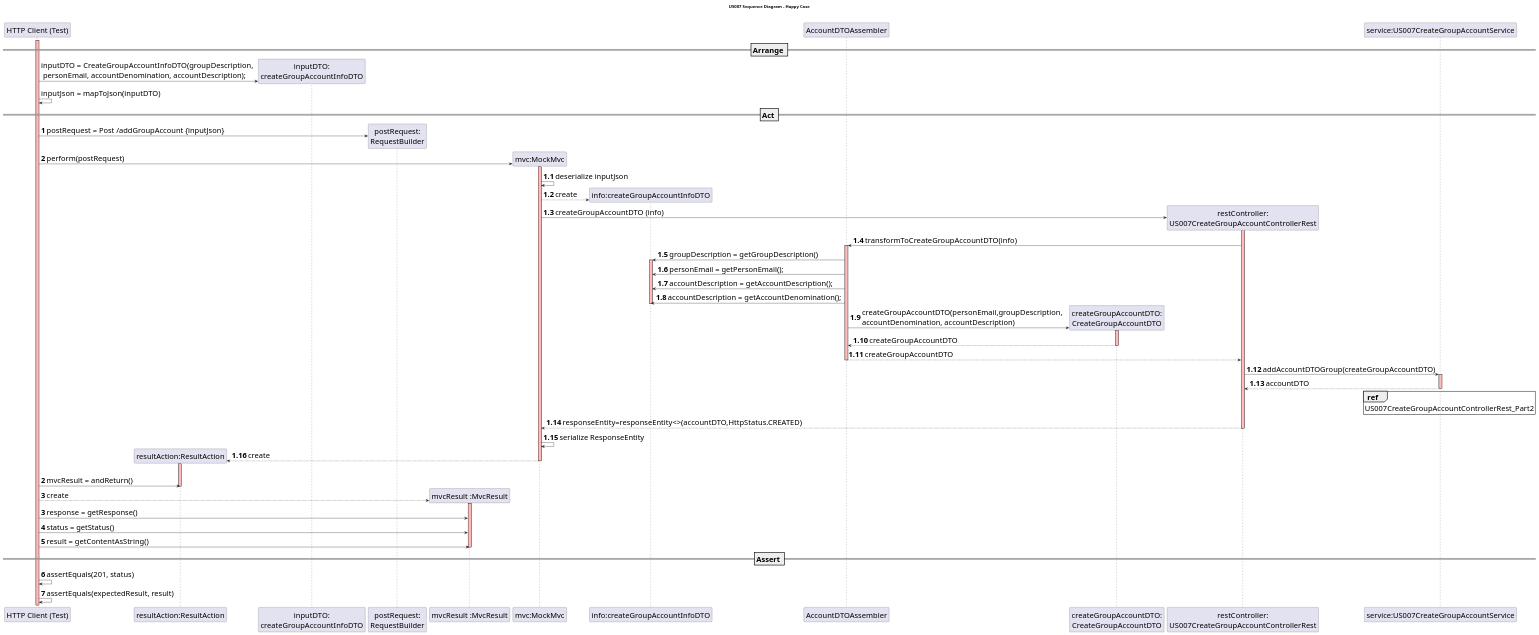
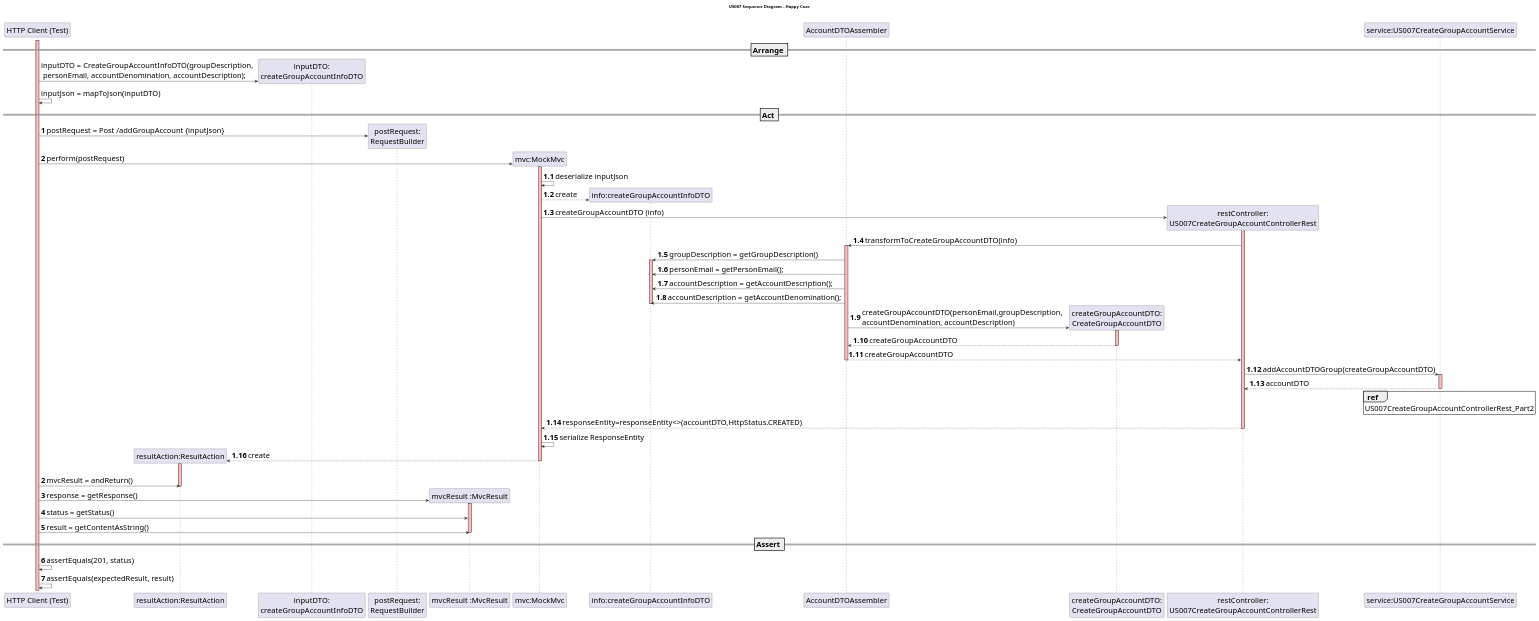
Before and after one commit to mleitaoribeiro/DevOpsMaven: the diagram in src/main/java/switch2019/project/controllerLayer/controllersRest/US007CreateGroupAccountControllerRest_Part1.puml, drawn with PlantUML. The commit also changed 1 other file, not shown here.

```diff
--- a/src/main/java/switch2019/project/controllerLayer/controllersRest/US007CreateGroupAccountControllerRest_Part1.puml
+++ b/src/main/java/switch2019/project/controllerLayer/controllersRest/US007CreateGroupAccountControllerRest_Part1.puml
@@ -1,99 +1,97 @@
 @startuml
 skinparam DefaultFontSize 25
 title US007 Sequence Diagram - Happy Case
 
 participant "HTTP Client (Test)"
 participant "resultAction:ResultAction"
 participant "inputDTO:\ncreateGroupAccountInfoDTO"
 participant "postRequest:\nRequestBuilder"
 participant "mvcResult :MvcResult"
 participant "mvc:MockMvc"
 participant "info:createGroupAccountInfoDTO"
 participant "AccountDTOAssembler"
 participant "createGroupAccountDTO:\nCreateGroupAccountDTO"
 participant "restController:\nUS007CreateGroupAccountControllerRest"
 
 == Arrange ==
 create "inputDTO:\ncreateGroupAccountInfoDTO"
 activate "HTTP Client (Test)" #FFBBBB
 "HTTP Client (Test)" -> "inputDTO:\ncreateGroupAccountInfoDTO": inputDTO = CreateGroupAccountInfoDTO(groupDescription,\n personEmail, accountDenomination, accountDescription);
 "HTTP Client (Test)" -> "HTTP Client (Test)": inputJson = mapToJson(inputDTO)
 
 == Act ==
 autonumber
 create "postRequest:\nRequestBuilder"
 "HTTP Client (Test)" -> "postRequest:\nRequestBuilder" : postRequest = Post /addGroupAccount {inputJson}
 create "mvc:MockMvc"
 "HTTP Client (Test)" -> "mvc:MockMvc" : perform(postRequest)
 activate "mvc:MockMvc"  #FFBBBB
 
 autonumber 1.1
 "mvc:MockMvc" -> "mvc:MockMvc" : deserialize inputJson
 create "info:createGroupAccountInfoDTO"
 "mvc:MockMvc"-->"info:createGroupAccountInfoDTO" :create
 
 create "restController:\nUS007CreateGroupAccountControllerRest"
 "mvc:MockMvc"-> "restController:\nUS007CreateGroupAccountControllerRest": createGroupAccountDTO (info)
 activate "restController:\nUS007CreateGroupAccountControllerRest" #FFBBBB
 
 "restController:\nUS007CreateGroupAccountControllerRest"-> "AccountDTOAssembler":transformToCreateGroupAccountDTO(info)
 activate "AccountDTOAssembler" #FFBBBB
 
 "AccountDTOAssembler" -> "info:createGroupAccountInfoDTO" : groupDescription = getGroupDescription()
 activate "info:createGroupAccountInfoDTO" #FFBBBB
 "AccountDTOAssembler" -> "info:createGroupAccountInfoDTO" : personEmail = getPersonEmail();
 "AccountDTOAssembler" -> "info:createGroupAccountInfoDTO" : accountDescription = getAccountDescription();
 "AccountDTOAssembler" -> "info:createGroupAccountInfoDTO" : accountDescription = getAccountDenomination();
 deactivate "info:createGroupAccountInfoDTO"
 
 create "createGroupAccountDTO:\nCreateGroupAccountDTO"
 "AccountDTOAssembler" -> "createGroupAccountDTO:\nCreateGroupAccountDTO" : createGroupAccountDTO(personEmail,groupDescription, \naccountDenomination, accountDescription)
 activate "createGroupAccountDTO:\nCreateGroupAccountDTO" #FFBBBB
 "createGroupAccountDTO:\nCreateGroupAccountDTO" --> "AccountDTOAssembler": createGroupAccountDTO
 deactivate "createGroupAccountDTO:\nCreateGroupAccountDTO"
 
 "AccountDTOAssembler" --> "restController:\nUS007CreateGroupAccountControllerRest" : createGroupAccountDTO
 deactivate "AccountDTOAssembler"
 
 "restController:\nUS007CreateGroupAccountControllerRest"->"service:US007CreateGroupAccountService": addAccountDTOGroup(createGroupAccountDTO)
 activate "service:US007CreateGroupAccountService" #FFBBBB
 
 "service:US007CreateGroupAccountService" --> "restController:\nUS007CreateGroupAccountControllerRest" : accountDTO
 deactivate "service:US007CreateGroupAccountService" #FFBBBB
 
 ref over "service:US007CreateGroupAccountService": US007CreateGroupAccountControllerRest_Part2
 
 "restController:\nUS007CreateGroupAccountControllerRest"--> "mvc:MockMvc":responseEntity=responseEntity<>(accountDTO,HttpStatus.CREATED)
 deactivate "restController:\nUS007CreateGroupAccountControllerRest"
 
 "mvc:MockMvc" -> "mvc:MockMvc" : serialize ResponseEntity
 create "resultAction:ResultAction"
 "resultAction:ResultAction" <-- "mvc:MockMvc" : create
 activate "resultAction:ResultAction" #FFBBBB
 deactivate "mvc:MockMvc"
 
 autonumber 2
 |||
 "HTTP Client (Test)" -> "resultAction:ResultAction" : mvcResult = andReturn()
 deactivate "resultAction:ResultAction"
 create "mvcResult :MvcResult"
 
-"HTTP Client (Test)" --> "mvcResult :MvcResult": create
-activate "mvcResult :MvcResult" #FFBBBB
-
 autonumber 3
 "HTTP Client (Test)" -> "mvcResult :MvcResult" : response = getResponse()
+activate "mvcResult :MvcResult" #FFBBBB
 
 autonumber 4
 "HTTP Client (Test)" -> "mvcResult :MvcResult" : status = getStatus()
 "HTTP Client (Test)" -> "mvcResult :MvcResult" : result = getContentAsString()
 deactivate "mvcResult :MvcResult" #FFBBBB
 
 == Assert ==
 
 "HTTP Client (Test)" -> "HTTP Client (Test)" : assertEquals(201, status)
 "HTTP Client (Test)" -> "HTTP Client (Test)" : assertEquals(expectedResult, result)
 
 deactivate "service:US007CreateGroupAccountService"
 
 @enduml
```
